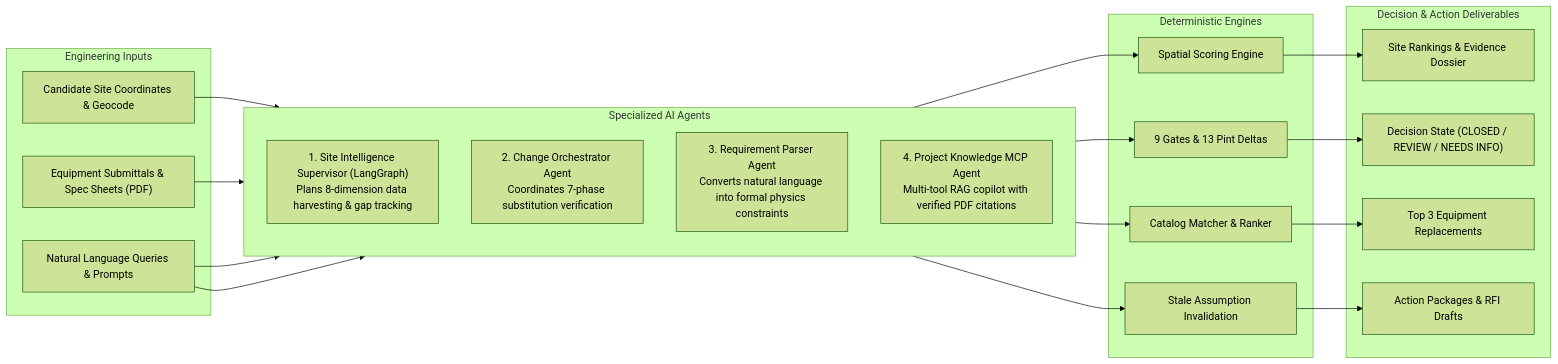
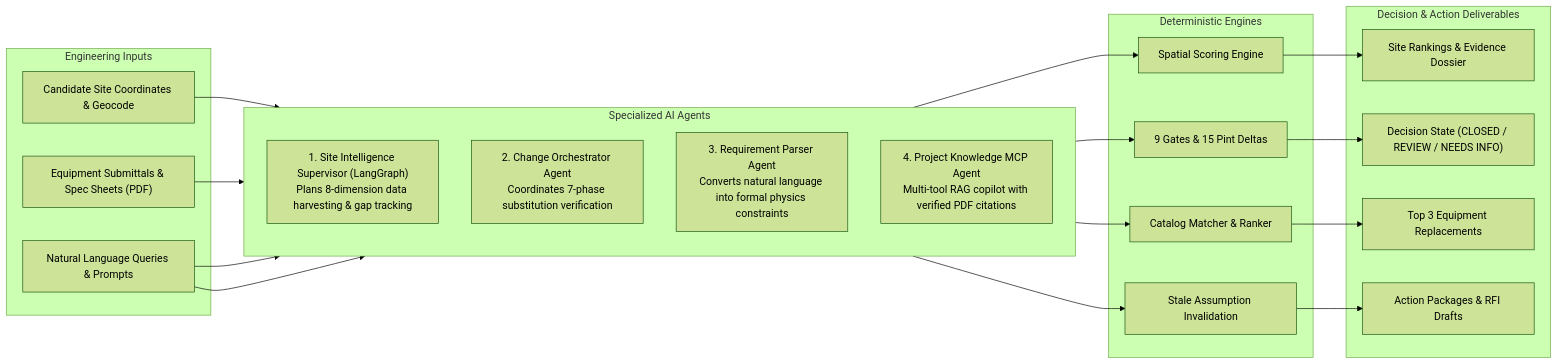
One commit to RishiiGamer2201/the-wet-stack-mireye changed the first of 2 diagrams in README.md. Above: the diagram before and after it, drawn with Mermaid (forest theme). The commit also changed other lines of this file, not shown here.

````diff
--- a/README.md
+++ b/README.md
@@ -93,35 +93,35 @@
 ```mermaid
 flowchart LR
     subgraph Inputs["Engineering Inputs"]
         SUBMITTAL["Equipment Submittals & Spec Sheets (PDF)"]
         PARCEL_GEO["Candidate Site Coordinates & Geocode"]
         USER_QUERY["Natural Language Queries & Prompts"]
     end
 
     subgraph Agents["Specialized AI Agents"]
         direction TB
         A1["1. Site Intelligence Supervisor (LangGraph)<br/>Plans 8-dimension data harvesting & gap tracking"]
         A2["2. Change Orchestrator Agent<br/>Coordinates 7-phase substitution verification"]
         A3["3. Requirement Parser Agent<br/>Converts natural language into formal physics constraints"]
         A4["4. Project Knowledge MCP Agent<br/>Multi-tool RAG copilot with verified PDF citations"]
     end
 
     subgraph Engines["Deterministic Engines"]
         E1["Spatial Scoring Engine"]
-        E2["9 Gates & 13 Pint Deltas"]
+        E2["9 Gates & 15 Pint Deltas"]
         E3["Catalog Matcher & Ranker"]
         E4["Stale Assumption Invalidation"]
     end
 
     subgraph Outputs["Decision & Action Deliverables"]
         O1["Site Rankings & Evidence Dossier"]
         O2["Decision State (CLOSED / REVIEW / NEEDS INFO)"]
         O3["Top 3 Equipment Replacements"]
         O4["Action Packages & RFI Drafts"]
     end
 
     PARCEL_GEO --> A1 --> E1 --> O1
     SUBMITTAL --> A2 --> E2 --> O2
     USER_QUERY --> A3 --> E3 --> O3
     USER_QUERY --> A4 --> E4 --> O4
 ```
````
